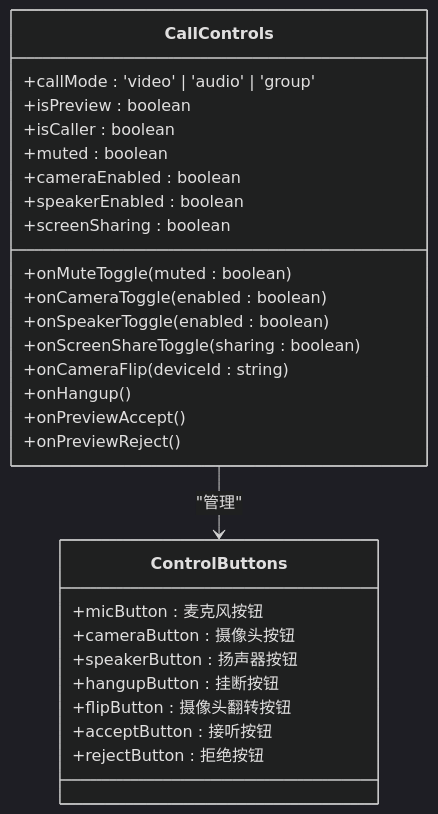
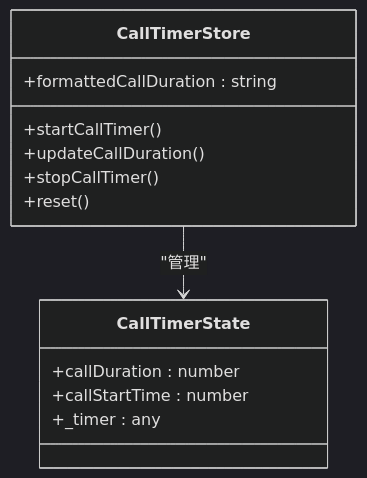
One commit to Easemob-Community/easemob-uikit-callkit-vue3 changed the third of 8 diagrams in .qoder/repowiki/zh/content/核心组件/单人通话组件/单人通话组件.md. Above: the diagram before and after it, drawn with Mermaid (dark theme). The commit also changed other lines of this file and 54 other files, not shown here.

````diff
--- a/.qoder/repowiki/zh/content/核心组件/单人通话组件/单人通话组件.md
+++ b/.qoder/repowiki/zh/content/核心组件/单人通话组件/单人通话组件.md
@@ -175,30 +197,16 @@
 ```mermaid
 classDiagram
-class CallControls {
-+callMode : 'video' | 'audio' | 'group'
-+isPreview : boolean
-+isCaller : boolean
-+muted : boolean
-+cameraEnabled : boolean
-+speakerEnabled : boolean
-+screenSharing : boolean
-+onMuteToggle(muted : boolean)
-+onCameraToggle(enabled : boolean)
-+onSpeakerToggle(enabled : boolean)
-+onScreenShareToggle(sharing : boolean)
-+onCameraFlip(deviceId : string)
-+onHangup()
-+onPreviewAccept()
-+onPreviewReject()
+class CallTimerState {
++callDuration : number
++callStartTime : number
++_timer : any
 }
-class ControlButtons {
-+micButton : 麦克风按钮
-+cameraButton : 摄像头按钮
-+speakerButton : 扬声器按钮
-+hangupButton : 挂断按钮
-+flipButton : 摄像头翻转按钮
-+acceptButton : 接听按钮
-+rejectButton : 拒绝按钮
+class CallTimerStore {
++formattedCallDuration : string
++startCallTimer()
++updateCallDuration()
++stopCallTimer()
++reset()
 }
-CallControls --> ControlButtons : "管理"
+CallTimerStore --> CallTimerState : "管理"
 ```
````
